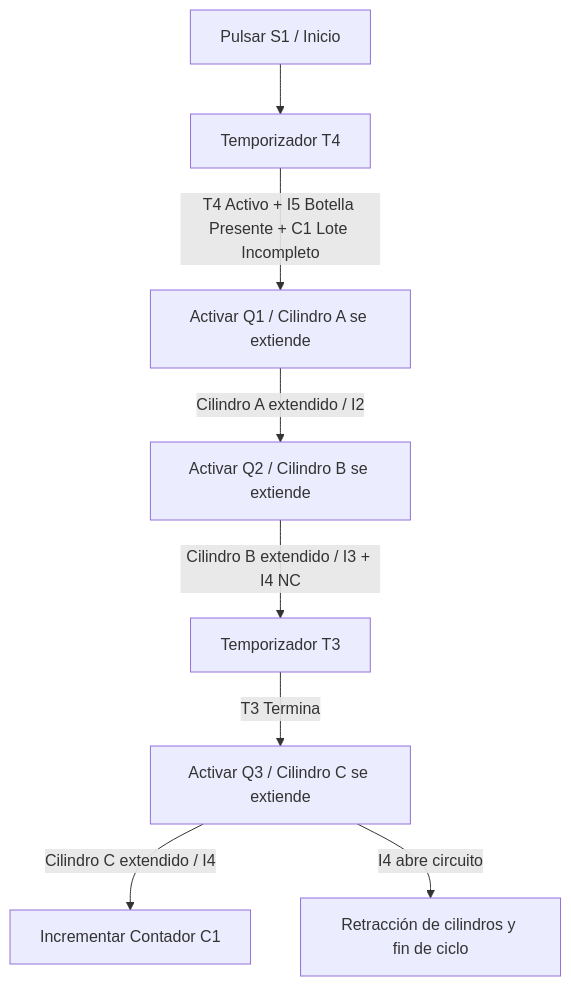
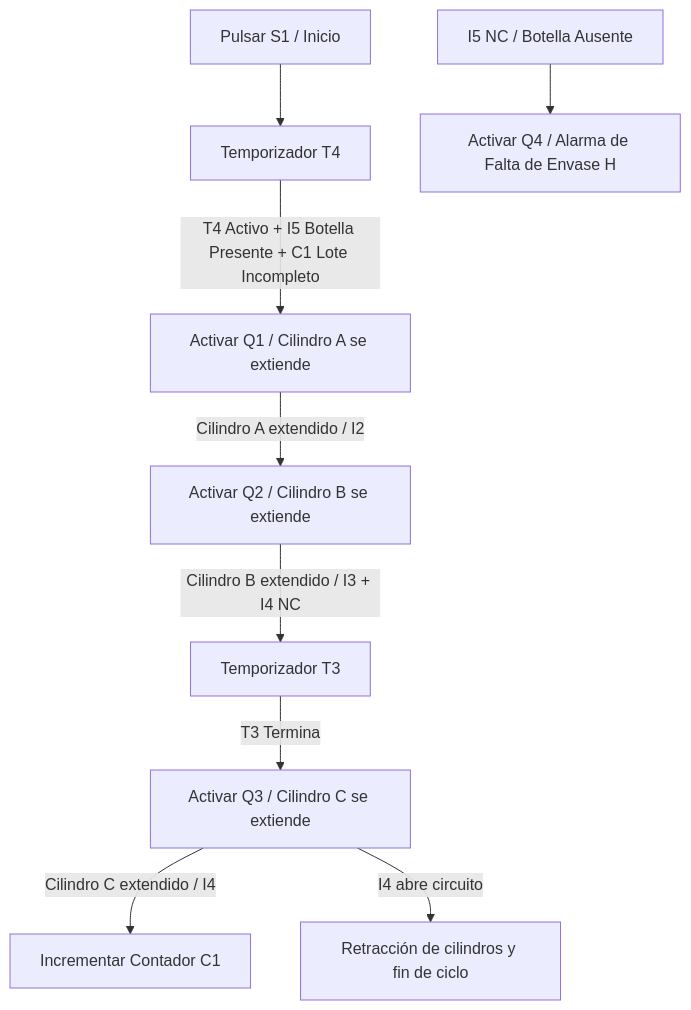
One commit to HanYue2000/Dosificadora changed the first of 2 diagrams in Documentacion.md. Above: the diagram before and after it, drawn with Mermaid. The commit also changed other lines of this file, not shown here.

````diff
--- a/Documentacion.md
+++ b/Documentacion.md
@@ -43,10 +43,11 @@
 ```mermaid
 flowchart TD
     I1[Pulsar S1 / Inicio] --> T4[Temporizador T4]
     T4 -->|T4 Activo + I5 Botella Presente + C1 Lote Incompleto| Q1[Activar Q1 / Cilindro A se extiende]
     Q1 -->|Cilindro A extendido / I2| Q2[Activar Q2 / Cilindro B se extiende]
     Q2 -->|Cilindro B extendido / I3 + I4 NC| T3[Temporizador T3]
     T3 -->|T3 Termina| Q3[Activar Q3 / Cilindro C se extiende]
     Q3 -->|Cilindro C extendido / I4| C1[Incrementar Contador C1]
     Q3 -->|I4 abre circuito| Retraccion[Retracción de cilindros y fin de ciclo]
+    I5_NC[I5 NC / Botella Ausente] --> Q4[Activar Q4 / Alarma de Falta de Envase H]
 ```
````
